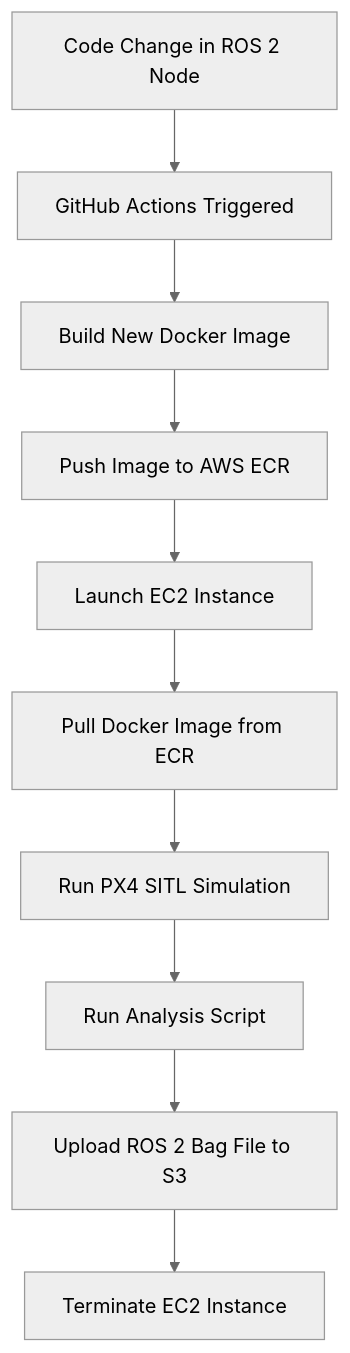
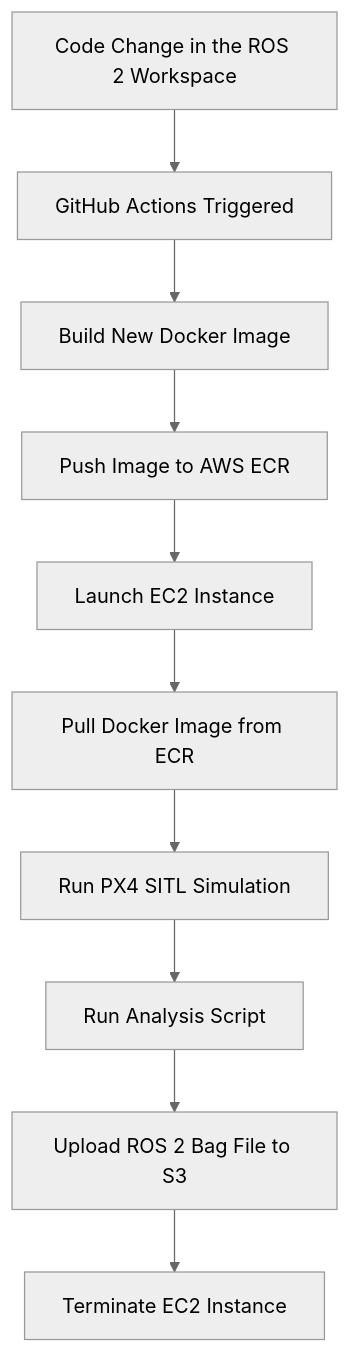
Before and after one commit to iftahnaf/px4_sitl_on_aws: the diagram in README.md, drawn with Mermaid (neutral theme). The commit also changed other lines of this file and 1 other file, not shown here.

Commit message:
fix: dependabot intervals, update docs

````diff
--- a/README.md
+++ b/README.md
@@ -10,13 +12,13 @@
 ```mermaid
 flowchart TB
-    A[Code Change in ROS 2 Node] --> B[GitHub Actions Triggered]
+    A[Code Change in the ROS 2 Workspace] --> B[GitHub Actions Triggered]
     B --> C[Build New Docker Image]
     C --> D[Push Image to AWS ECR]
     D --> E[Launch EC2 Instance]
     E --> F[Pull Docker Image from ECR]
     F --> G[Run PX4 SITL Simulation]
     G --> H[Run Analysis Script]
     H --> I[Upload ROS 2 Bag File to S3]
     I --> J[Terminate EC2 Instance]
 
 ```
````
